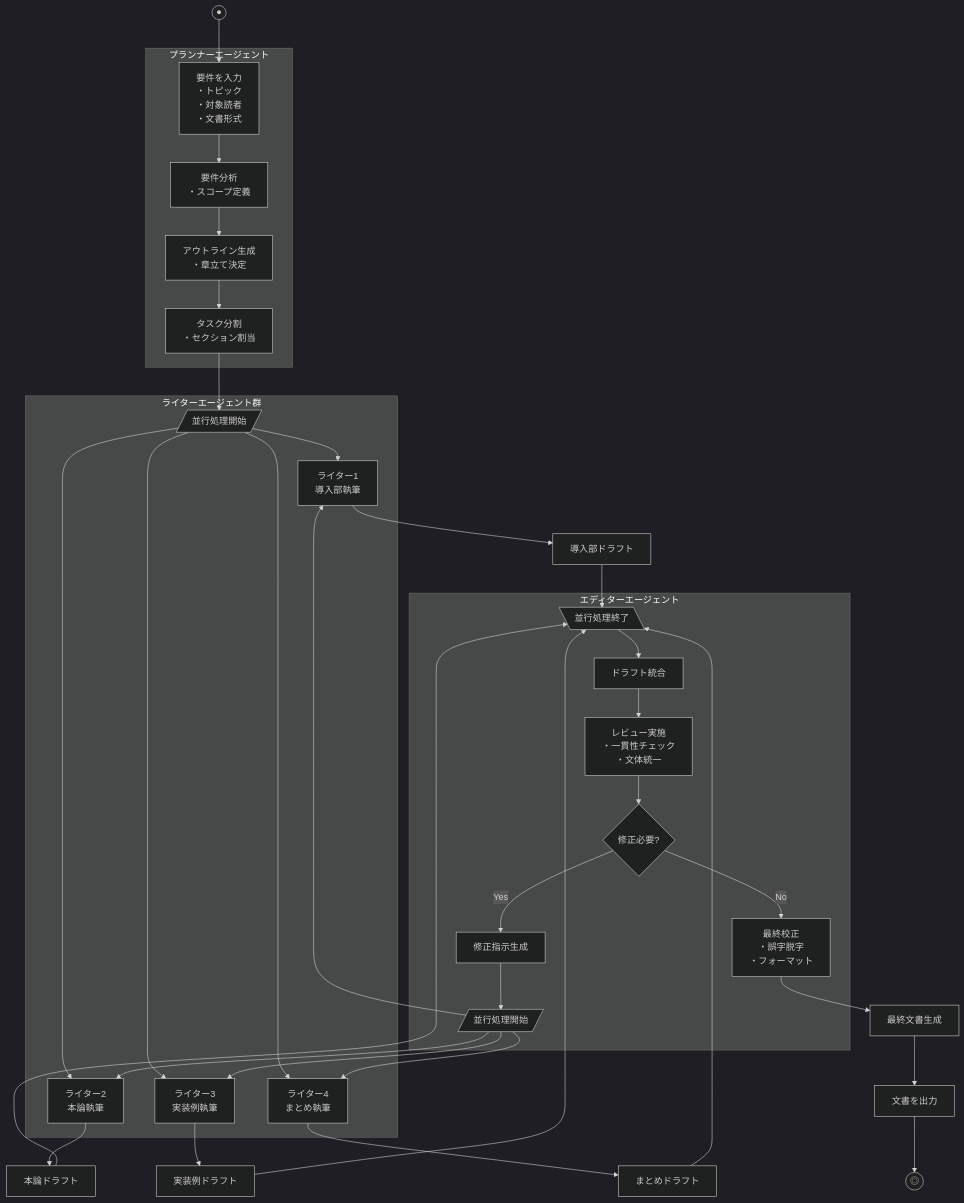
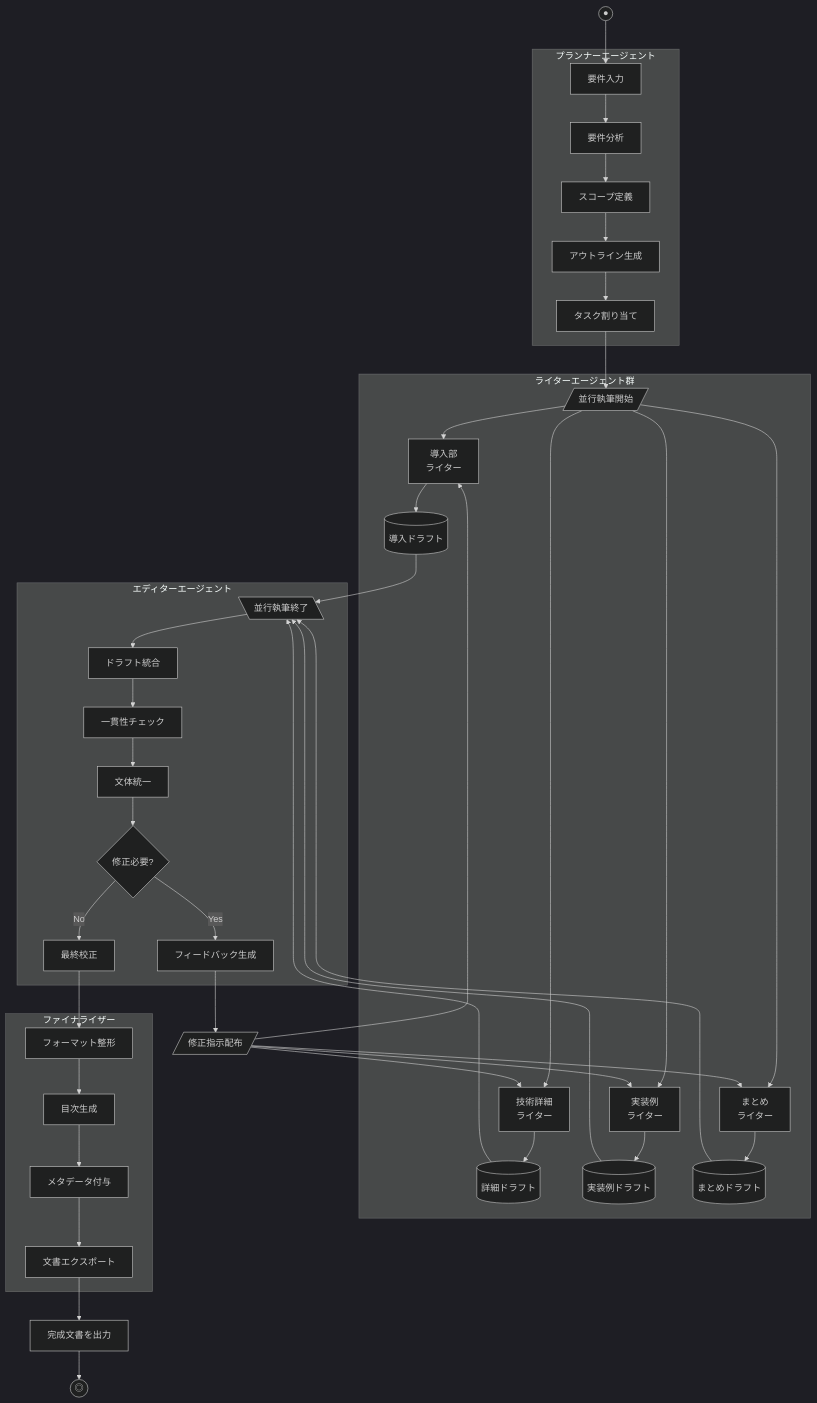
Diagram 17 of 26 in blog/2025-11-26-activity-diagram-guide.md (s-tanoue/blog), drawn with Mermaid (dark theme) before and after one commit. The commit also changed other lines of this file, not shown here.

First line of the commit message:
docs: アクティビティ図記事をMermaid図で全面改訂

````diff
--- a/blog/2025-11-26-activity-diagram-guide.md
+++ b/blog/2025-11-26-activity-diagram-guide.md
@@ -402,46 +412,55 @@
 ```mermaid
 flowchart TB
-    Start((●)) --> Requirements[要件を入力\n・トピック\n・対象読者\n・文書形式]
+    Start((●)) --> Requirements[要件入力]
 
     subgraph Planner["プランナーエージェント"]
-        Requirements --> Analyze[要件分析\n・スコープ定義]
-        Analyze --> Outline[アウトライン生成\n・章立て決定]
-        Outline --> TaskAssign[タスク分割\n・セクション割当]
+        Requirements --> AnalyzeReq[要件分析]
+        AnalyzeReq --> DefineScope[スコープ定義]
+        DefineScope --> CreateOutline[アウトライン生成]
+        CreateOutline --> AssignTasks[タスク割り当て]
     end
 
-    TaskAssign --> Fork2[/並行処理開始/]
+    AssignTasks --> Fork2[/ 並行執筆開始 /]
 
     subgraph Writers["ライターエージェント群"]
-        Fork2 --> Writer1[ライター1\n導入部執筆]
-        Fork2 --> Writer2[ライター2\n本論執筆]
-        Fork2 --> Writer3[ライター3\n実装例執筆]
-        Fork2 --> Writer4[ライター4\n まとめ執筆]
+        Fork2 --> W1[導入部\nライター]
+        Fork2 --> W2[技術詳細\nライター]
+        Fork2 --> W3[実装例\nライター]
+        Fork2 --> W4[まとめ\nライター]
+
+        W1 --> D1[(導入ドラフト)]
+        W2 --> D2[(詳細ドラフト)]
+        W3 --> D3[(実装例ドラフト)]
+        W4 --> D4[(まとめドラフト)]
     end
 
-    Writer1 --> Draft1[導入部ドラフト]
-    Writer2 --> Draft2[本論ドラフト]
-    Writer3 --> Draft3[実装例ドラフト]
-    Writer4 --> Draft4[まとめドラフト]
-
-    Draft1 --> Join2[\並行処理終了\]
-    Draft2 --> Join2
-    Draft3 --> Join2
-    Draft4 --> Join2
+    D1 --> Join2[\ 並行執筆終了 \]
+    D2 --> Join2
+    D3 --> Join2
+    D4 --> Join2
 
     subgraph Editor["エディターエージェント"]
         Join2 --> Merge[ドラフト統合]
-        Merge --> Review[レビュー実施\n・一貫性チェック\n・文体統一]
-        Review --> EditCheck{修正必要?}
-        EditCheck -->|Yes| Revise[修正指示生成]
-        Revise --> Fork3[/並行処理開始/]
-        Fork3 --> Writer1
-        Fork3 --> Writer2
-        Fork3 --> Writer3
-        Fork3 --> Writer4
-        EditCheck -->|No| Polish[最終校正\n・誤字脱字\n・フォーマット]
+        Merge --> ConsistencyCheck[一貫性チェック]
+        ConsistencyCheck --> StyleUnify[文体統一]
+        StyleUnify --> ReviewResult{修正必要?}
+        ReviewResult -->|Yes| GenFeedback[フィードバック生成]
+        ReviewResult -->|No| FinalEdit[最終校正]
     end
 
-    Polish --> Generate[最終文書生成]
-    Generate --> Output[文書を出力]
+    GenFeedback --> Fork3[/ 修正指示配布 /]
+    Fork3 --> W1
+    Fork3 --> W2
+    Fork3 --> W3
+    Fork3 --> W4
+
+    subgraph Finalizer["ファイナライザー"]
+        FinalEdit --> FormatDoc[フォーマット整形]
+        FormatDoc --> AddTOC[目次生成]
+        AddTOC --> AddMeta[メタデータ付与]
+        AddMeta --> Export[文書エクスポート]
+    end
+
+    Export --> Output[完成文書を出力]
     Output --> End2((◎))
 ```
````
